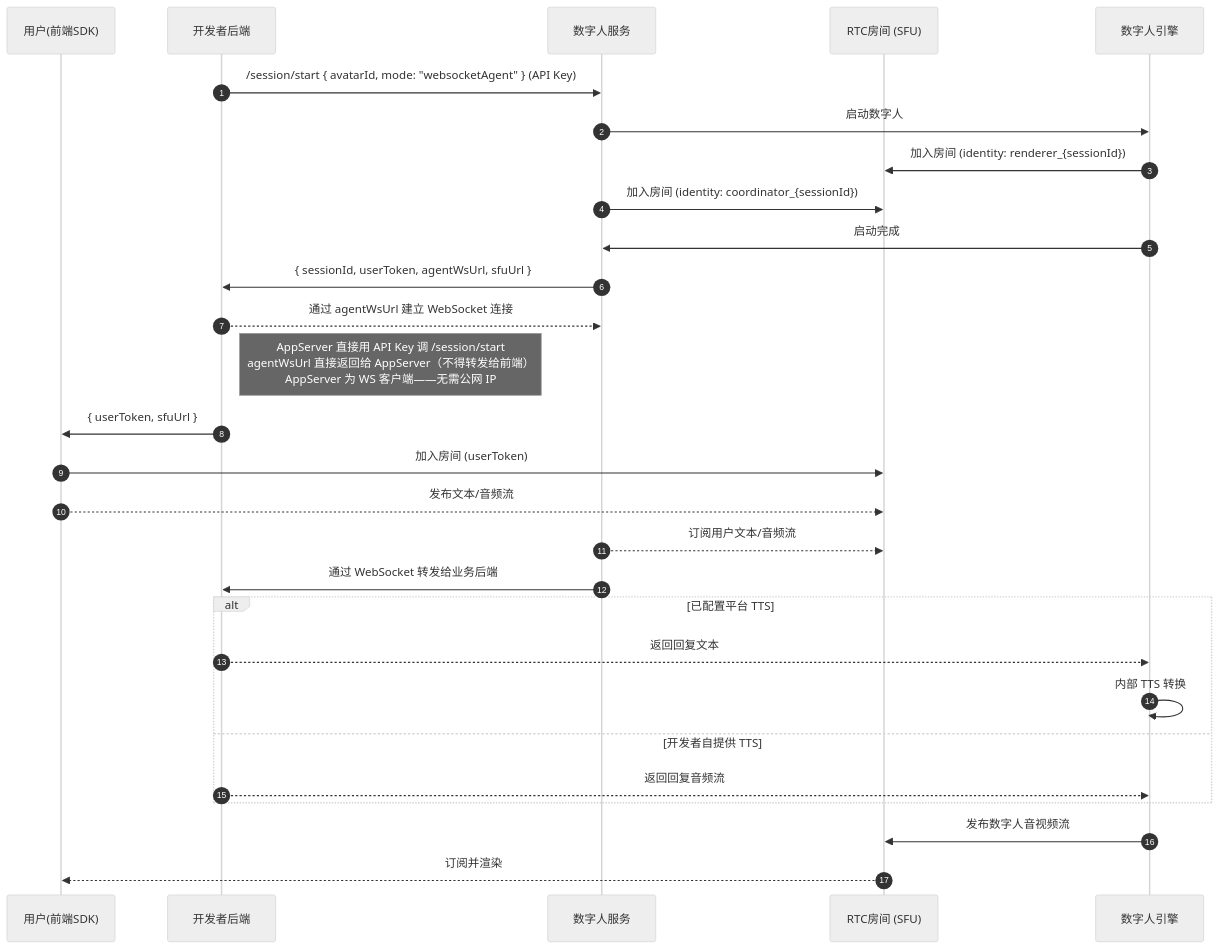
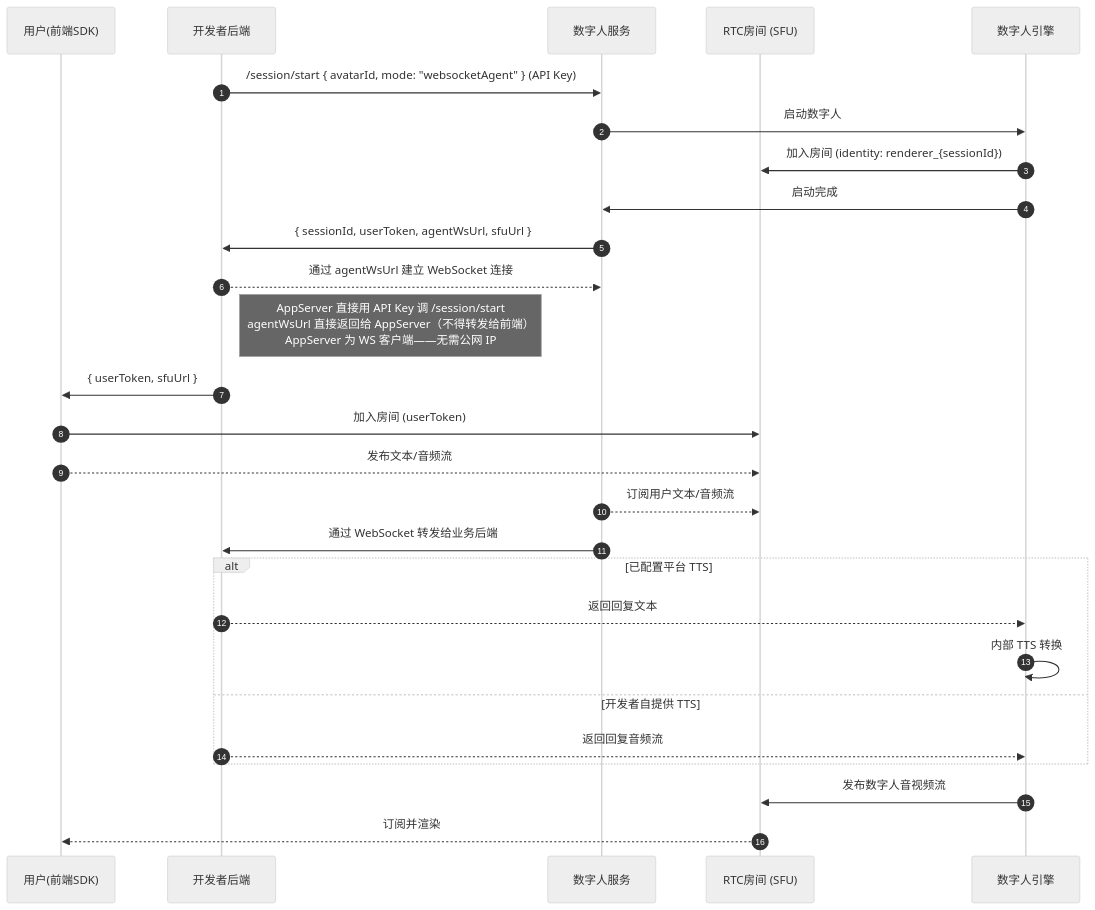
One commit to newportAI-lab/liveavatar-channel-python changed the first of 2 diagrams in PROTOCOL.zh.md. Above: the diagram before and after it, drawn with Mermaid (neutral theme). The commit also changed 2 other files, not shown here.

Commit message:
remove  coordinator from participants

````diff
--- a/PROTOCOL.zh.md
+++ b/PROTOCOL.zh.md
@@ -76,35 +76,34 @@
 ```mermaid
 sequenceDiagram
     autonumber
     participant User as 用户(前端SDK)
     participant AppServer as 开发者后端
     participant Platform as 数字人服务
     participant RTC as RTC房间 (SFU)
     participant Avatar as 数字人引擎
 
     AppServer->>Platform: /session/start { avatarId, mode: "websocketAgent" } (API Key)
     Platform->>Avatar: 启动数字人
     Avatar->>RTC: 加入房间 (identity: renderer_{sessionId})
-    Platform->>RTC: 加入房间 (identity: coordinator_{sessionId})
     Avatar->>Platform: 启动完成
     Platform->>AppServer: { sessionId, userToken, agentWsUrl, sfuUrl }
     AppServer-->>Platform: 通过 agentWsUrl 建立 WebSocket 连接
     Note right of AppServer: AppServer 直接用 API Key 调 /session/start<br/>agentWsUrl 直接返回给 AppServer（不得转发给前端）<br/>AppServer 为 WS 客户端——无需公网 IP
     AppServer->>User: { userToken, sfuUrl }
 
     User->>RTC: 加入房间 (userToken)
     User-->>RTC: 发布文本/音频流
 
     Platform-->>RTC: 订阅用户文本/音频流
     Platform->>AppServer: 通过 WebSocket 转发给业务后端
 
     alt 已配置平台 TTS
         AppServer-->>Avatar: 返回回复文本
         Avatar->>Avatar: 内部 TTS 转换
     else 开发者自提供 TTS
         AppServer-->>Avatar: 返回回复音频流
     end
 
     Avatar->>RTC: 发布数字人音视频流
     RTC-->>User: 订阅并渲染
 ```
````
